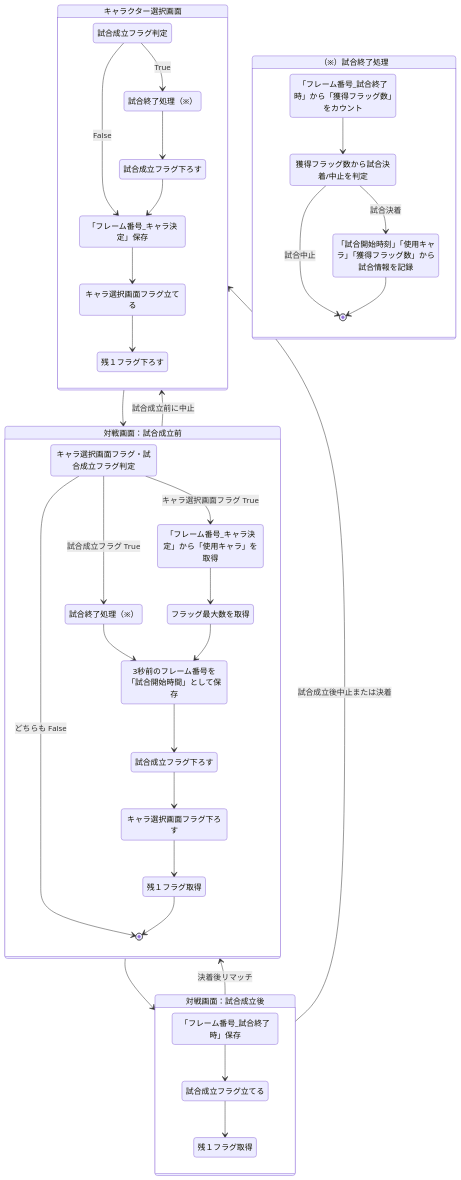
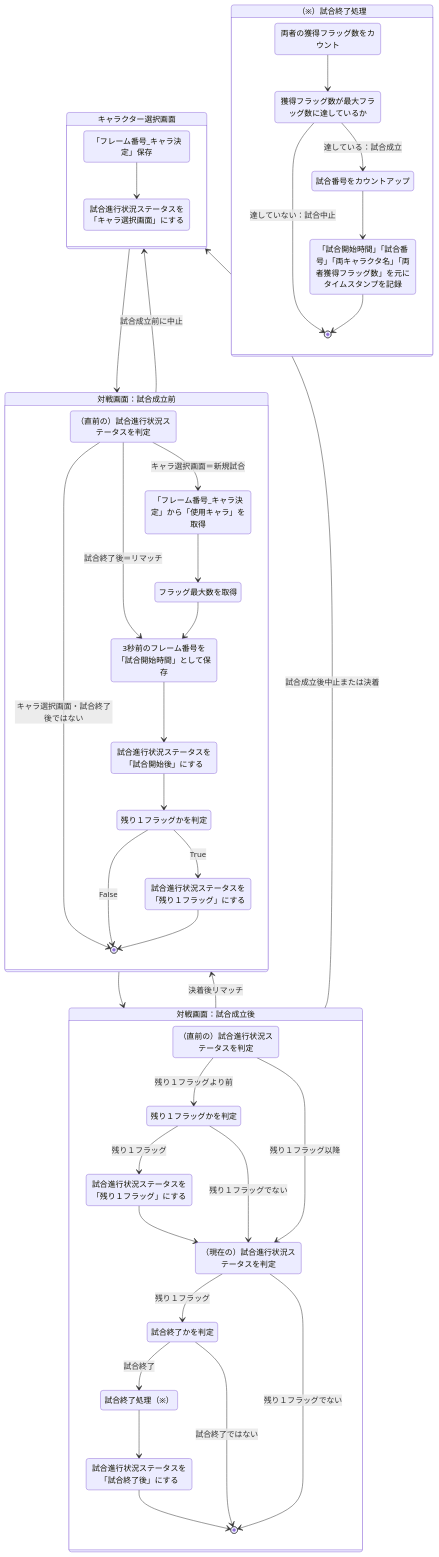
Before and after one commit to zbb00732/hq_timestamps_next: the diagram in work/statetransition.mmd, drawn with Mermaid. The commit also changed 5 other files, not shown here.

```diff
--- a/work/statetransition.mmd
+++ b/work/statetransition.mmd
@@ -1,69 +1,74 @@
 stateDiagram-v2
 s1: キャラクター選択画面
-s3: 対戦画面：試合成立前
-s4: 対戦画面：試合成立後
+s2: 対戦画面：試合成立前
+s3: 対戦画面：試合成立後
 s5: （※）試合終了処理
 
-s1 --> s3
-s3 --> s1: 試合成立前に中止
-s3 --> s4
-s4 --> s1: 試合成立後中止または決着
-s4 --> s3: 決着後リマッチ
+s1 --> s2
+s2 --> s1: 試合成立前に中止
+s2 --> s3
+s3 --> s1: 試合成立後中止または決着
+s3 --> s2: 決着後リマッチ
 
-p11: 試合成立フラグ判定
-p12: 試合終了処理（※）
-p15: 試合成立フラグ下ろす
-p16: 「フレーム番号_キャラ決定」保存
-p17: キャラ選択画面フラグ立てる
-p18: 残１フラグ下ろす
+p11: 「フレーム番号_キャラ決定」保存
+p12: 試合進行状況ステータスを「キャラ選択画面」にする
 
 state s1 {
-  p11 --> p12: True
-  p11 --> p16: False
-  p12 --> p15
-  p15 --> p16
-  p16 --> p17
-  p17 --> p18
+  p11 --> p12
 }
 
-p31: キャラ選択画面フラグ・試合成立フラグ判定
-p32: 試合終了処理（※）
-p33: 「フレーム番号_キャラ決定」から「使用キャラ」を取得
-p34: フラッグ最大数を取得
-p35: 3秒前のフレーム番号を「試合開始時間」として保存
-p36: 試合成立フラグ下ろす
-p37: キャラ選択画面フラグ下ろす
-p38: 残１フラグ取得
+p21: （直前の）試合進行状況ステータスを判定
+p22: 「フレーム番号_キャラ決定」から「使用キャラ」を取得
+p23: フラッグ最大数を取得
+p24: 3秒前のフレーム番号を「試合開始時間」として保存
+p25: 試合進行状況ステータスを「試合開始後」にする
+p26: 残り１フラッグかを判定
+p27: 試合進行状況ステータスを「残り１フラッグ」にする
+
+state s2 {
+  p21 --> [*]: キャラ選択画面・試合終了後ではない
+  p21 --> p22: キャラ選択画面＝新規試合
+  p22 --> p23
+  p21 --> p24: 試合終了後＝リマッチ
+  p23 --> p24
+  p24 --> p25
+  p25 --> p26
+  p26 --> p27: True
+  p26 --> [*]: False
+  p27 --> [*]
+}
+
+p31: （直前の）試合進行状況ステータスを判定
+p32: 残り１フラッグかを判定
+p33: 試合進行状況ステータスを「残り１フラッグ」にする
+p34: （現在の）試合進行状況ステータスを判定
+p35: 試合終了かを判定
+p36: 試合終了処理（※）
+p37: 試合進行状況ステータスを「試合終了後」にする
 
 state s3 {
-  p31 --> [*]: どちらも False
-  p31 --> p32: 試合成立フラグ True
-  p32 --> p35
-  p31 --> p33: キャラ選択画面フラグ True
+  p31 --> p32: 残り１フラッグより前
+  p32 --> p33: 残り１フラッグ
   p33 --> p34
-  p34 --> p35
-  p35 --> p36
+  p32 --> p34: 残り１フラッグでない
+  p31 --> p34: 残り１フラッグ以降
+  p34 --> p35: 残り１フラッグ
+  p35 --> p36: 試合終了
   p36 --> p37
-  p37 --> p38
-  p38 --> [*]
+  p37 --> [*]
+  p35 --> [*]: 試合終了ではない
+  p34 --> [*]: 残り１フラッグでない
 }
 
-p41: 「フレーム番号_試合終了時」保存
-p42: 試合成立フラグ立てる
-p43: 残１フラグ取得
-
-state s4 {
-  p41 --> p42
-  p42 --> p43
-}
-
-p51: 「フレーム番号_試合終了時」から「獲得フラッグ数」をカウント
-p52: 獲得フラッグ数から試合決着/中止を判定
-p53: 「試合開始時刻」「使用キャラ」「獲得フラッグ数」から試合情報を記録
+p51: 両者の獲得フラッグ数をカウント
+p52: 獲得フラッグ数が最大フラッグ数に達しているか
+p53: 試合番号をカウントアップ
+p54: 「試合開始時間」「試合番号」「両キャラクタ名」「両者獲得フラッグ数」を元にタイムスタンプを記録
 
 state s5 {
   p51 --> p52
-  p52 --> p53: 試合決着
-  p52 --> [*]: 試合中止
-  p53 --> [*]
+  p52 --> [*]: 達していない：試合中止
+  p52 --> p53: 達している：試合成立
+  p53 --> p54
+  p54 --> [*]
 }
```
